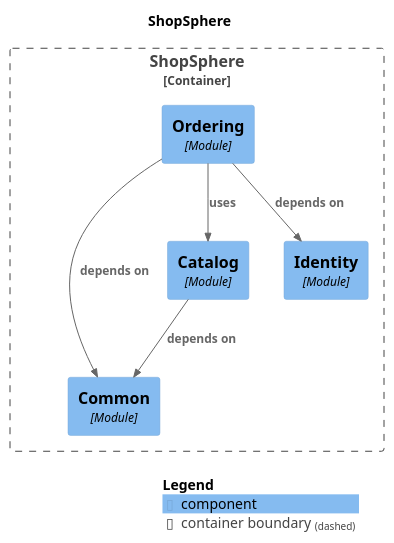
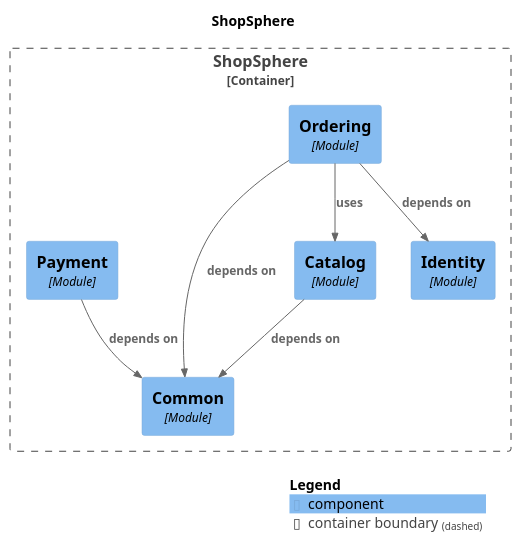
One commit to Poojithvsc/shopsphere changed the diagram in docs/modulith/components.puml. Above: the diagram before and after it, drawn with PlantUML. The commit also changed 26 other files, not shown here.

First line of the commit message:
feat(payment,ordering,catalog): event-driven order completion with dedupe (Phase 8, #12)

```diff
--- a/docs/modulith/components.puml
+++ b/docs/modulith/components.puml
@@ -1,24 +1,26 @@
 @startuml
 set separator none
 title ShopSphere
 
 top to bottom direction
 
 !include <C4/C4>
 !include <C4/C4_Context>
 !include <C4/C4_Component>
 
 Container_Boundary("ShopSphere.ShopSphere_boundary", "ShopSphere", $tags="") {
   Component(ShopSphere.ShopSphere.Common, "Common", $techn="Module", $descr="", $tags="", $link="")
   Component(ShopSphere.ShopSphere.Ordering, "Ordering", $techn="Module", $descr="", $tags="", $link="")
   Component(ShopSphere.ShopSphere.Catalog, "Catalog", $techn="Module", $descr="", $tags="", $link="")
   Component(ShopSphere.ShopSphere.Identity, "Identity", $techn="Module", $descr="", $tags="", $link="")
+  Component(ShopSphere.ShopSphere.Payment, "Payment", $techn="Module", $descr="", $tags="", $link="")
 }
 
-Rel(ShopSphere.ShopSphere.Ordering, ShopSphere.ShopSphere.Common, "depends on", $techn="", $tags="", $link="")
 Rel(ShopSphere.ShopSphere.Ordering, ShopSphere.ShopSphere.Catalog, "uses", $techn="", $tags="", $link="")
+Rel(ShopSphere.ShopSphere.Payment, ShopSphere.ShopSphere.Common, "depends on", $techn="", $tags="", $link="")
 Rel(ShopSphere.ShopSphere.Catalog, ShopSphere.ShopSphere.Common, "depends on", $techn="", $tags="", $link="")
 Rel(ShopSphere.ShopSphere.Ordering, ShopSphere.ShopSphere.Identity, "depends on", $techn="", $tags="", $link="")
+Rel(ShopSphere.ShopSphere.Ordering, ShopSphere.ShopSphere.Common, "depends on", $techn="", $tags="", $link="")
 
 SHOW_LEGEND(true)
 @enduml
```
